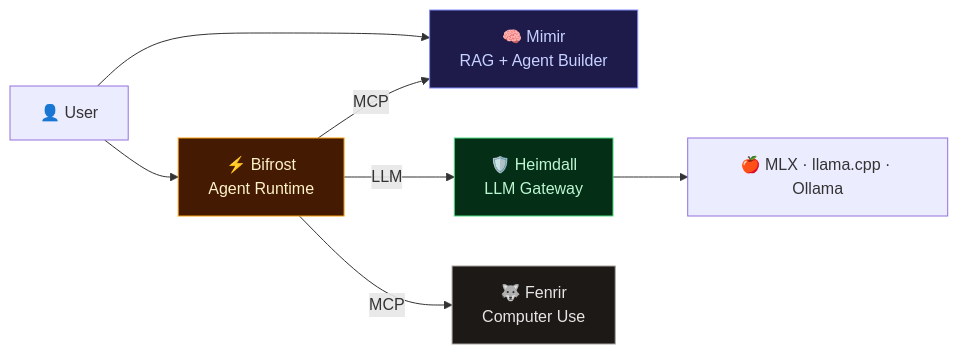
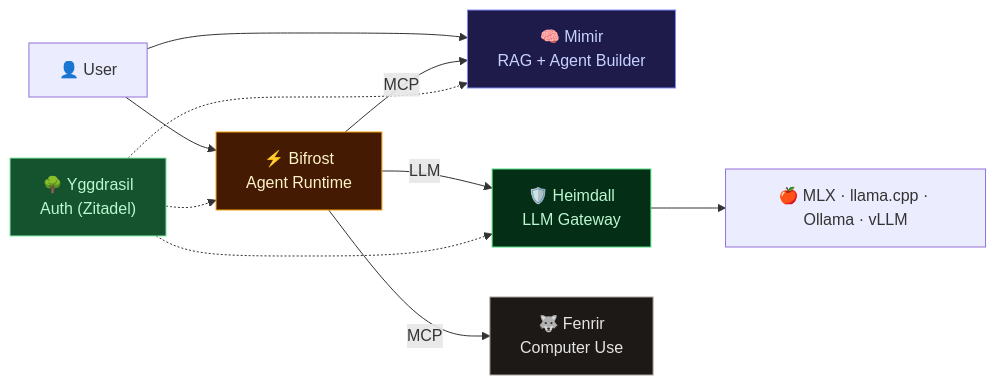
The diagram in README.md (MegaWiz-Dev-Team/Asgard), drawn with Mermaid before and after one commit. The commit also changed other lines of this file and 1 other file, not shown here.

````diff
--- a/README.md
+++ b/README.md
@@ -15,16 +15,21 @@
 ```mermaid
 graph LR
     User["👤 User"] --> Mimir["🧠 Mimir<br/>RAG + Agent Builder"]
     User --> Bifrost["⚡ Bifrost<br/>Agent Runtime"]
 
     Bifrost --> |"LLM"| Heimdall["🛡️ Heimdall<br/>LLM Gateway"]
     Bifrost --> |"MCP"| Mimir
     Bifrost --> |"MCP"| Fenrir["🐺 Fenrir<br/>Computer Use"]
 
-    Heimdall --> LLM["🍎 MLX · llama.cpp · Ollama"]
+    Heimdall --> LLM["🍎 MLX · llama.cpp · Ollama · vLLM"]
+
+    Yggdrasil["🌳 Yggdrasil<br/>Auth (Zitadel)"] -.-> Heimdall
+    Yggdrasil -.-> Mimir
+    Yggdrasil -.-> Bifrost
 
     style Mimir fill:#1e1b4b,stroke:#818cf8,color:#c7d2fe
     style Bifrost fill:#451a03,stroke:#f59e0b,color:#fef3c7
     style Heimdall fill:#052e16,stroke:#4ade80,color:#bbf7d0
     style Fenrir fill:#1c1917,stroke:#a8a29e,color:#e7e5e4
+    style Yggdrasil fill:#14532d,stroke:#86efac,color:#bbf7d0
 ```
````
